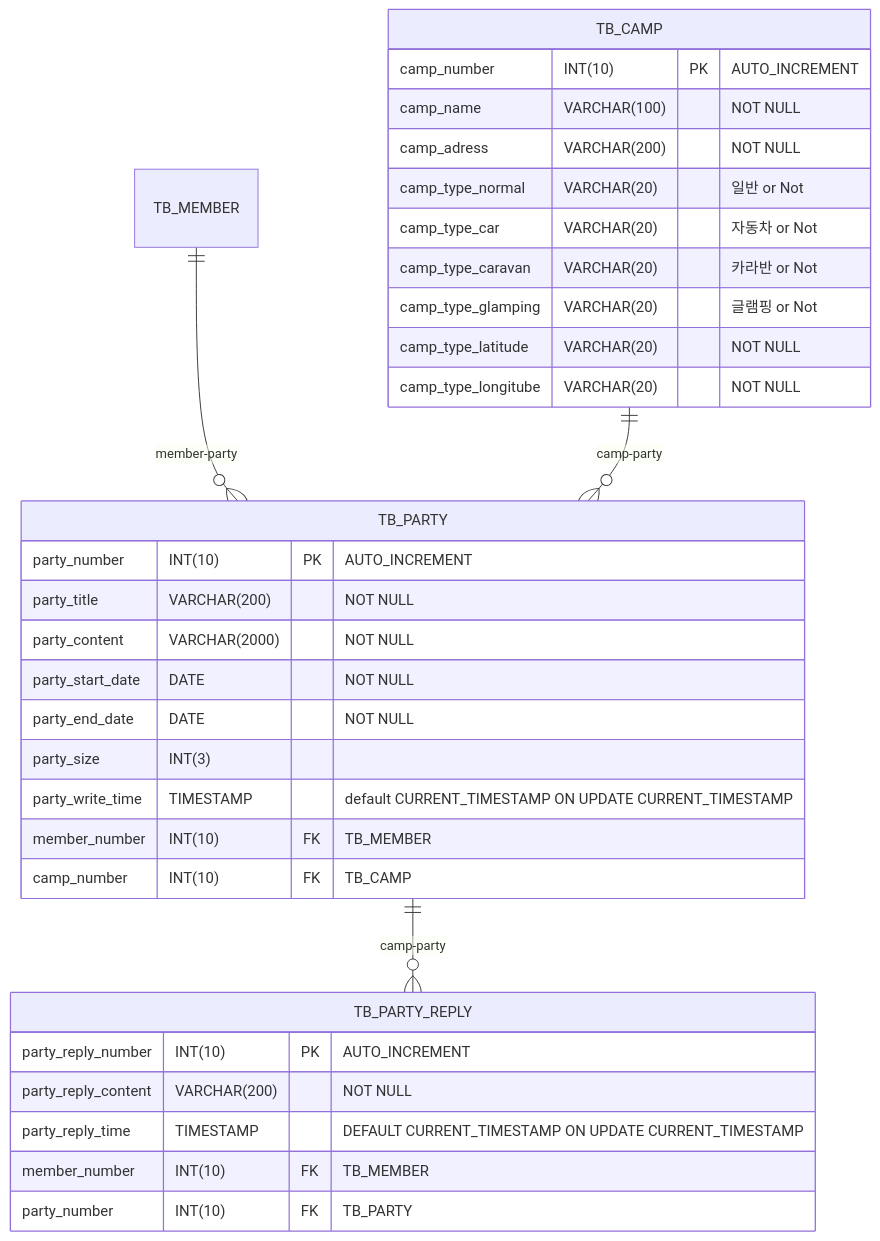
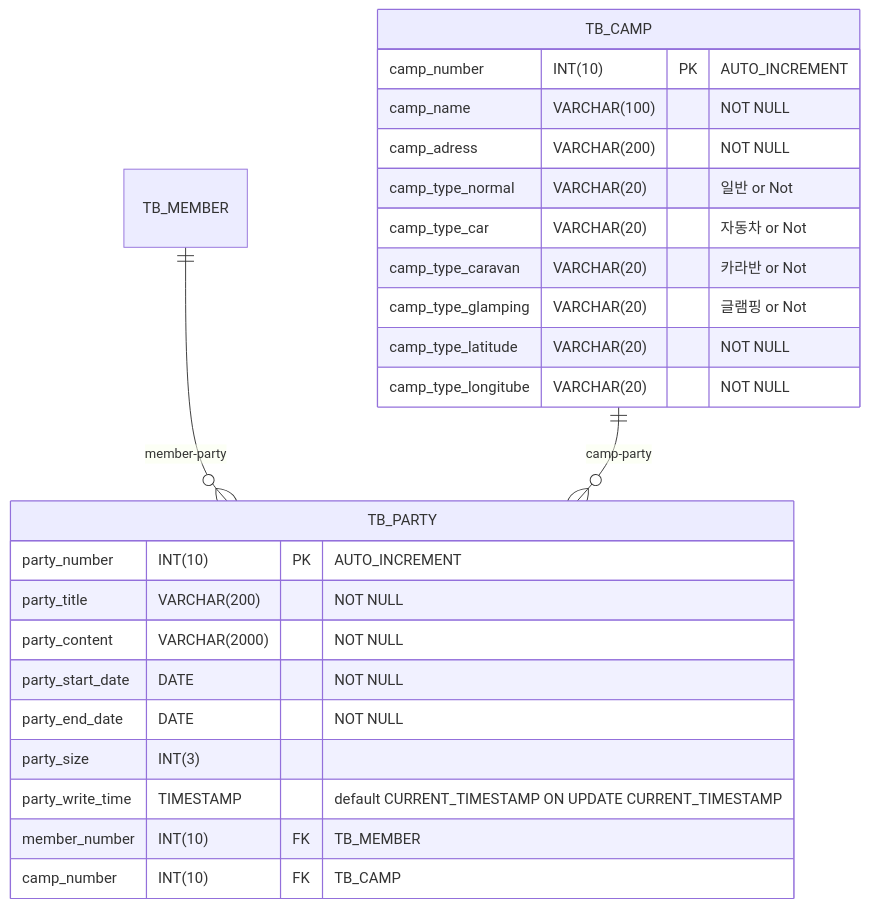
Before and after one commit to Choongang-Third-Project/jeju-campking: the seventh of 11 diagrams in docs/README.md, drawn with Mermaid. The commit also changed other lines of this file, not shown here.

````diff
--- a/docs/README.md
+++ b/docs/README.md
@@ -280,43 +324,33 @@
 ```mermaid
 erDiagram
     TB_MEMBER ||--o{ TB_PARTY: member-party
     TB_CAMP ||--o{ TB_PARTY: camp-party
-    TB_PARTY ||--o{ TB_PARTY_REPLY: camp-party
 
     TB_MEMBER {
     }
 
     TB_PARTY {
         party_number INT(10) PK "AUTO_INCREMENT"
         party_title VARCHAR(200) "NOT NULL"
         party_content VARCHAR(2000) "NOT NULL"
         party_start_date DATE "NOT NULL"
         party_end_date DATE "NOT NULL"
         party_size INT(3)
         party_write_time TIMESTAMP "default CURRENT_TIMESTAMP ON UPDATE CURRENT_TIMESTAMP"
 
         member_number INT(10) FK "TB_MEMBER"
         camp_number INT(10) FK "TB_CAMP"
     }
 
-    TB_PARTY_REPLY {
-        party_reply_number INT(10) PK "AUTO_INCREMENT"
-        party_reply_content VARCHAR(200) "NOT NULL"
-        party_reply_time TIMESTAMP "DEFAULT CURRENT_TIMESTAMP ON UPDATE CURRENT_TIMESTAMP"
-
-        member_number INT(10) FK "TB_MEMBER"
-        party_number INT(10) FK "TB_PARTY"
-    }
-
     TB_CAMP {
         camp_number INT(10) PK "AUTO_INCREMENT"
         camp_name VARCHAR(100) "NOT NULL"
         camp_adress VARCHAR(200) "NOT NULL"
         camp_type_normal VARCHAR(20) "일반 or Not"
         camp_type_car VARCHAR(20) "자동차 or Not"
         camp_type_caravan VARCHAR(20) "카라반 or Not"
         camp_type_glamping VARCHAR(20) "글램핑 or Not"
         camp_type_latitude VARCHAR(20) "NOT NULL"
         camp_type_longitube VARCHAR(20) "NOT NULL"
     }
 ```
````
